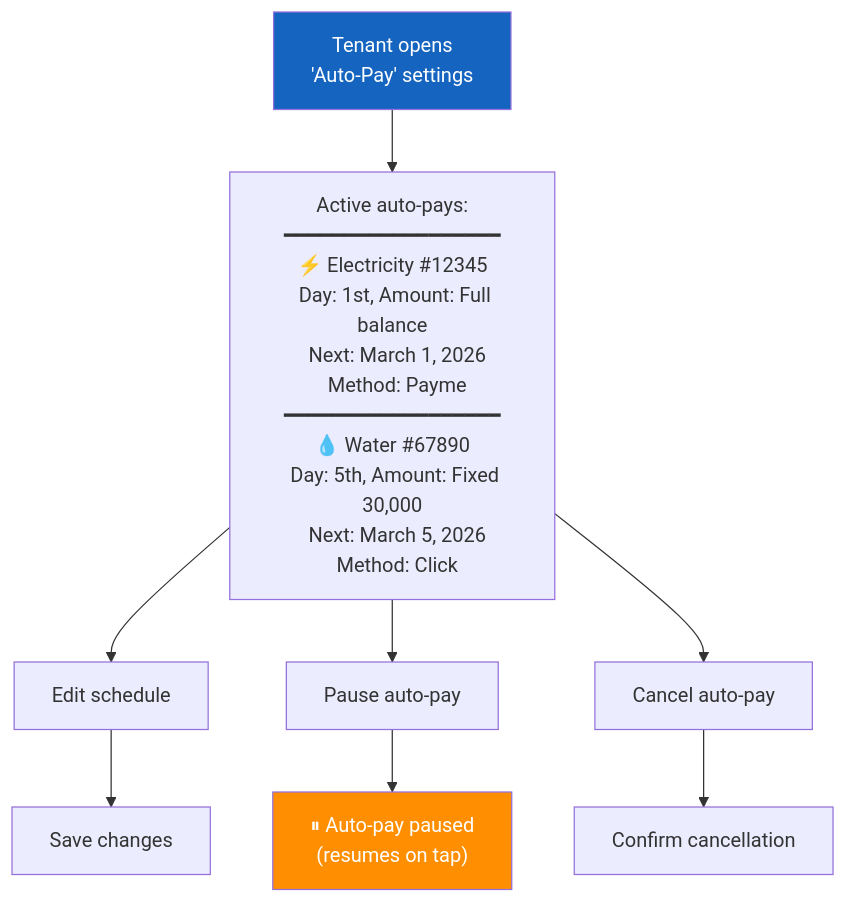
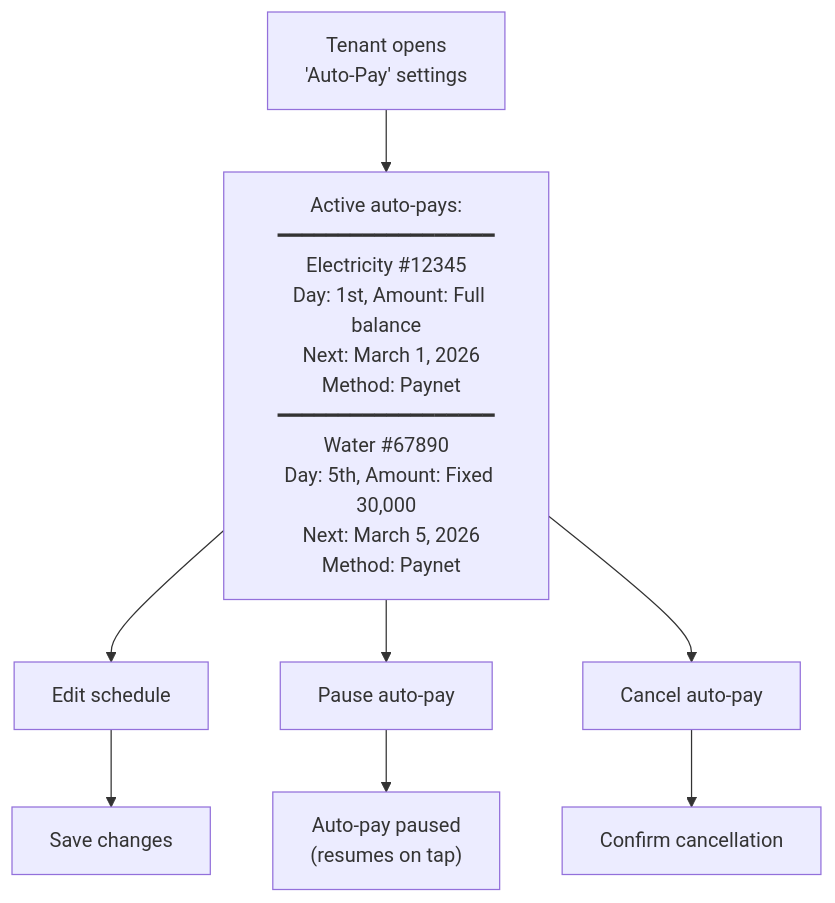
One commit to saodatm-dev/Utilities---Informational-Architecture changed the sixth of 14 diagrams in utilities-payment-userflow.md. Above: the diagram before and after it, drawn with Mermaid. The commit also changed other lines of this file and 12 other files, not shown here.

Commit message:
docs: Remove outdated informational architecture documents, update payment userflow, and add new images.

````diff
--- a/utilities-payment-userflow.md
+++ b/utilities-payment-userflow.md
@@ -231,15 +203,13 @@
 ```mermaid
 flowchart TD
-    MANAGE["Tenant opens<br/>'Auto-Pay' settings"] --> LIST["Active auto-pays:<br/>━━━━━━━━━━━━━━━━━━<br/>⚡ Electricity #12345<br/>  Day: 1st, Amount: Full balance<br/>  Next: March 1, 2026<br/>  Method: Payme<br/>━━━━━━━━━━━━━━━━━━<br/>💧 Water #67890<br/>  Day: 5th, Amount: Fixed 30,000<br/>  Next: March 5, 2026<br/>  Method: Click"]
+    MANAGE["Tenant opens<br/>'Auto-Pay' settings"] --> LIST["Active auto-pays:<br/>━━━━━━━━━━━━━━━━━━<br/>Electricity #12345<br/>  Day: 1st, Amount: Full balance<br/>  Next: March 1, 2026<br/>  Method: Paynet<br/>━━━━━━━━━━━━━━━━━━<br/>Water #67890<br/>  Day: 5th, Amount: Fixed 30,000<br/>  Next: March 5, 2026<br/>  Method: Paynet"]
 
     LIST --> EDIT["Edit schedule"]
     LIST --> PAUSE["Pause auto-pay"]
     LIST --> DELETE["Cancel auto-pay"]
 
     EDIT --> SAVE["Save changes"]
-    PAUSE --> PAUSED["⏸ Auto-pay paused<br/>(resumes on tap)"]
+    PAUSE --> PAUSED["Auto-pay paused<br/>(resumes on tap)"]
     DELETE --> CONFIRM["Confirm cancellation"]
 
-    style MANAGE fill:#1565C0,color:#fff
-    style PAUSED fill:#FF8F00,color:#fff
 ```
````
